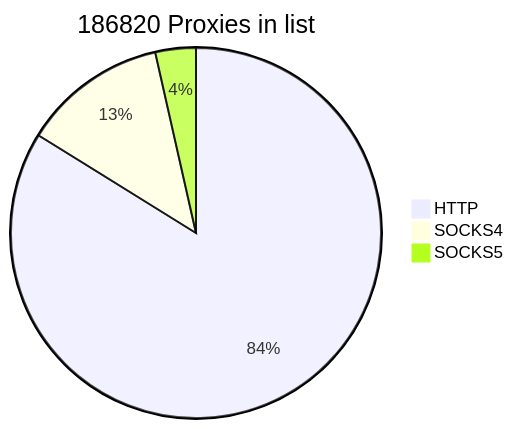
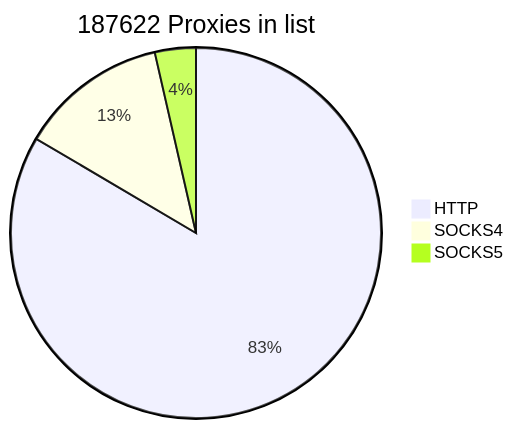
The first of 2 diagrams in README.md (cutipu/proxylist), drawn with Mermaid before and after one commit. The commit also changed other lines of this file, not shown here.

````diff
--- a/README.md
+++ b/README.md
@@ -2,7 +2,7 @@
 ```mermaid
-pie title 186820 Proxies in list
+pie title 187622 Proxies in list
     "HTTP" : 156622
-    "SOCKS4" : 23593
-    "SOCKS5" : 6605
+    "SOCKS4" : 24295
+    "SOCKS5" : 6705
             
 ```
````
